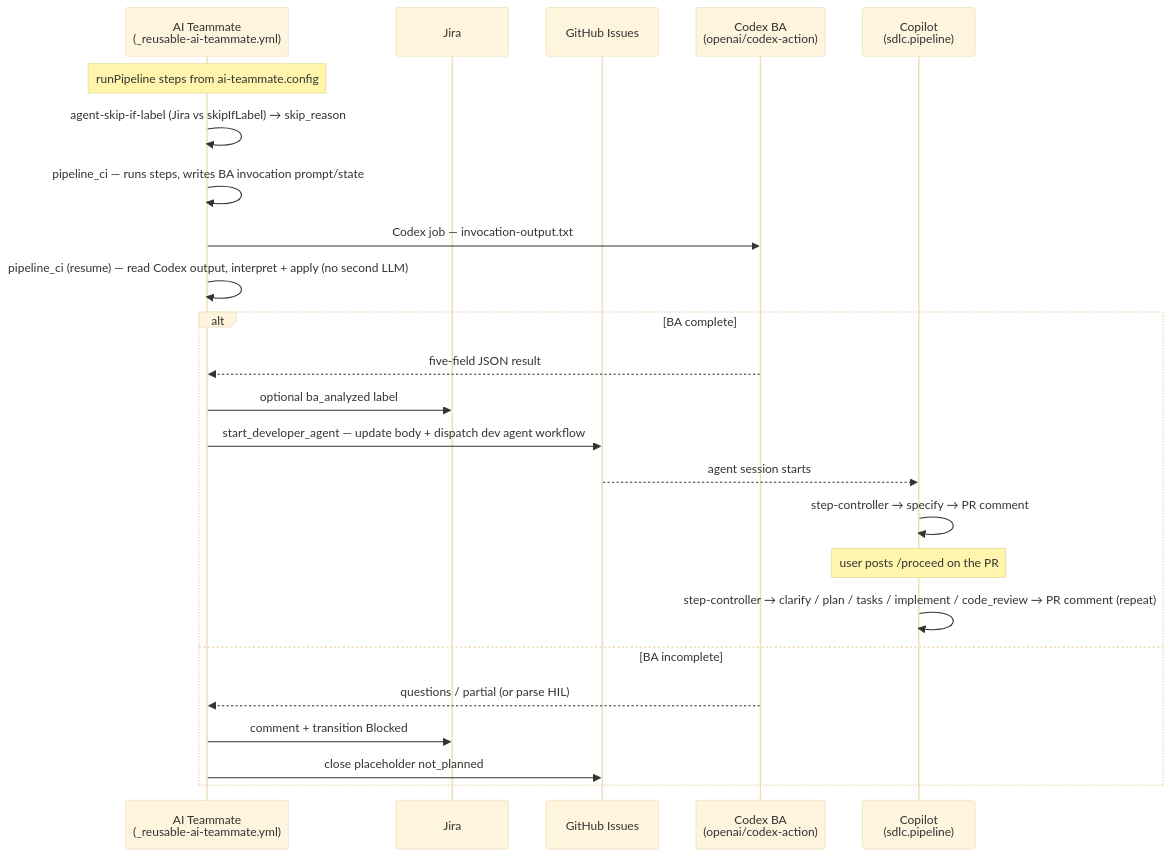
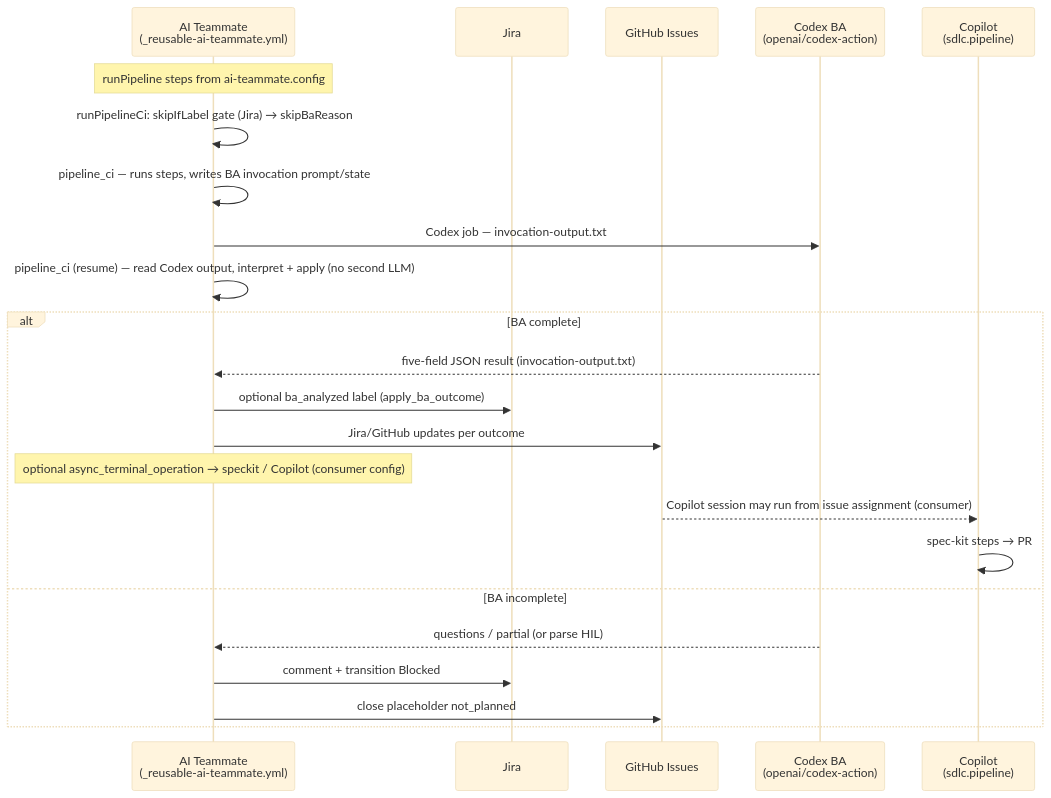
The first of 3 diagrams in README.md (DmitryLukyanov/SDLCAgents), drawn with Mermaid (base theme) before and after one commit. The commit also changed other lines of this file and 13 other files, not shown here.

````diff
--- a/README.md
+++ b/README.md
@@ -116,28 +116,27 @@
 ```mermaid
 sequenceDiagram
     participant AT as AI Teammate<br/>(_reusable-ai-teammate.yml)
     participant J as Jira
     participant GH as GitHub Issues
     participant CX as Codex BA<br/>(openai/codex-action)
     participant COP as Copilot<br/>(sdlc.pipeline)
 
     Note over AT: runPipeline steps from ai-teammate.config
 
-    AT->>AT: agent-skip-if-label (Jira vs skipIfLabel) → skip_reason
+    AT->>AT: runPipelineCi: skipIfLabel gate (Jira) → skipBaReason
     AT->>AT: pipeline_ci — runs steps, writes BA invocation prompt/state
     AT->>CX: Codex job — invocation-output.txt
     AT->>AT: pipeline_ci (resume) — read Codex output, interpret + apply (no second LLM)
     alt BA complete
-        CX-->>AT: five-field JSON result
-        AT->>J: optional ba_analyzed label
-        AT->>GH: start_developer_agent — update body + dispatch dev agent workflow
-        GH-->>COP: agent session starts
-        COP->>COP: step-controller → specify → PR comment
-        Note over COP: user posts /proceed on the PR
-        COP->>COP: step-controller → clarify / plan / tasks / implement / code_review → PR comment (repeat)
+        CX-->>AT: five-field JSON result (invocation-output.txt)
+        AT->>J: optional ba_analyzed label (apply_ba_outcome)
+        AT->>GH: Jira/GitHub updates per outcome
+        Note over AT: optional async_terminal_operation → speckit / Copilot (consumer config)
+        GH-->>COP: Copilot session may run from issue assignment (consumer)
+        COP->>COP: spec-kit steps → PR
     else BA incomplete
         CX-->>AT: questions / partial (or parse HIL)
         AT->>J: comment + transition Blocked
         AT->>GH: close placeholder not_planned
     end
 ```
````
